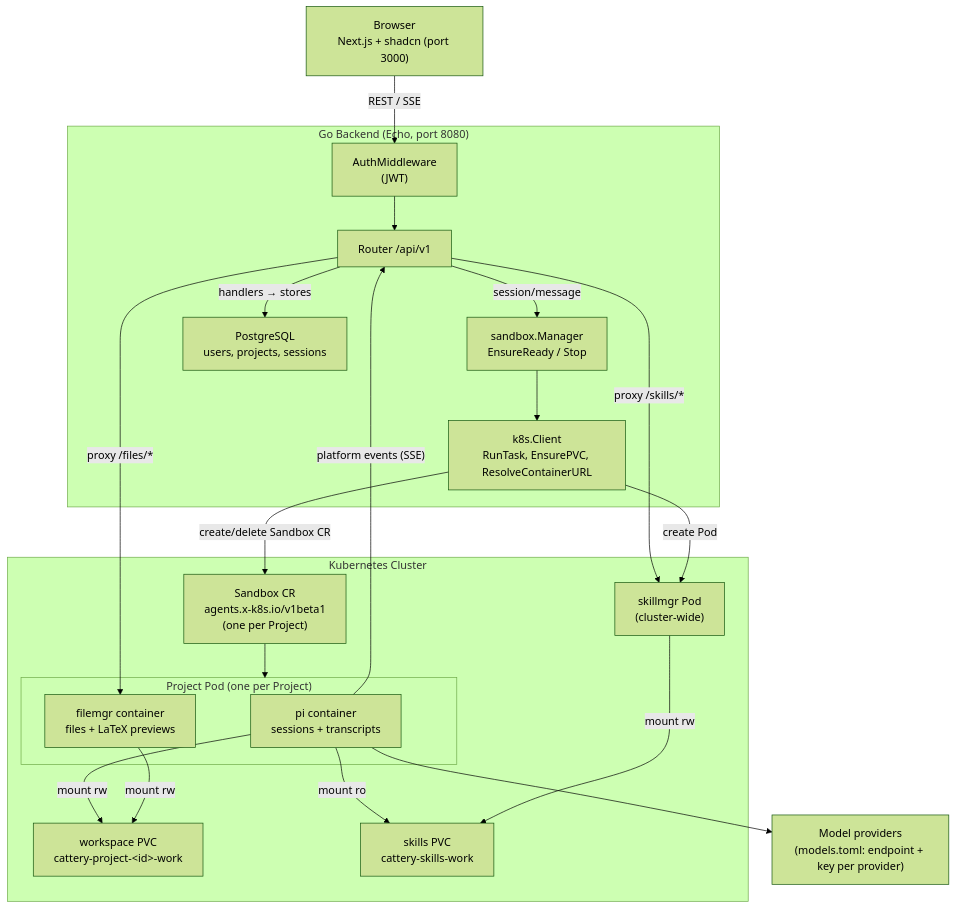
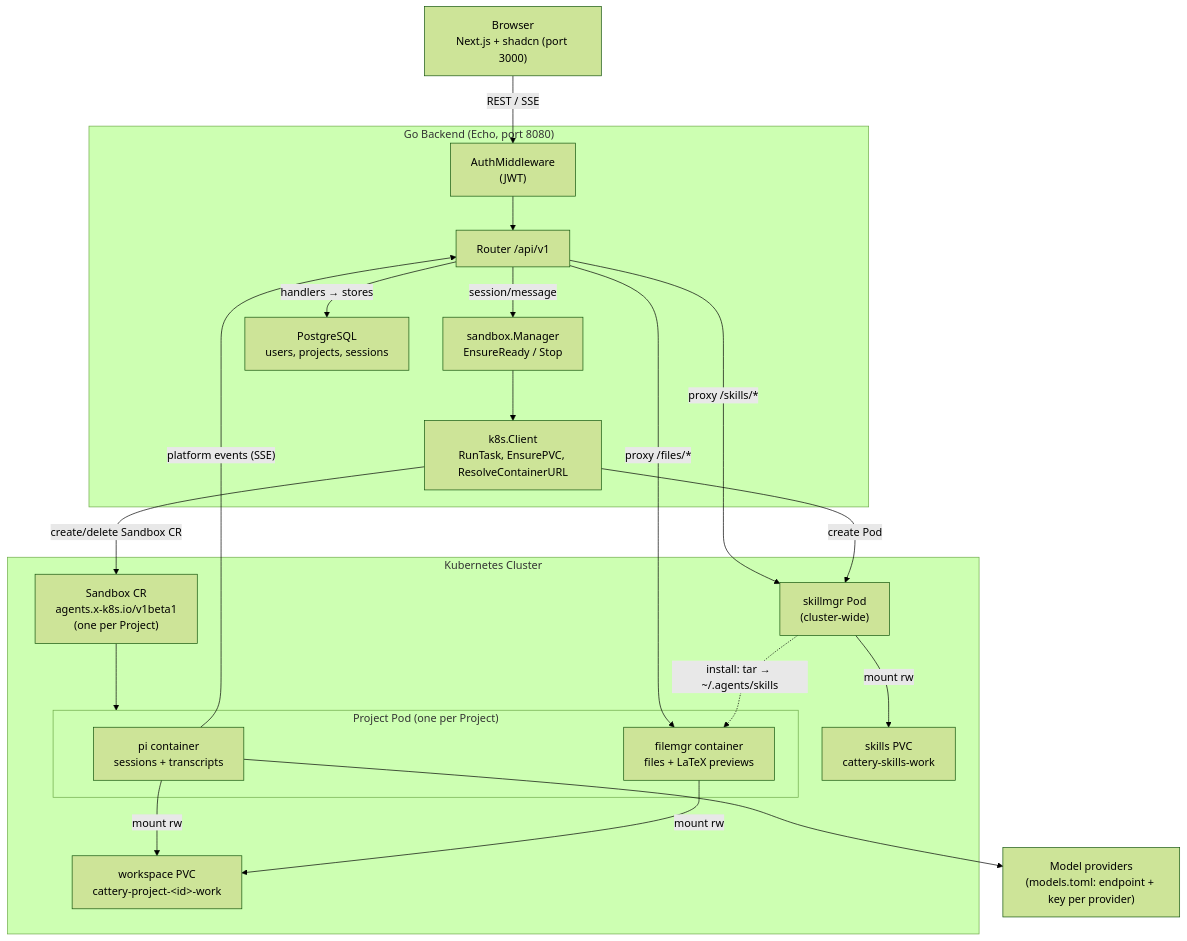
The diagram in README.md (wellCh4n/cattery), drawn with Mermaid (forest theme) before and after one commit. The commit also changed other lines of this file and 24 other files, not shown here.

````diff
--- a/README.md
+++ b/README.md
@@ -7,43 +7,43 @@
 ```mermaid
 graph TD
     Browser["Browser\nNext.js + shadcn (port 3000)"]
 
     subgraph Backend["Go Backend (Echo, port 8080)"]
         Auth["AuthMiddleware\n(JWT)"]
         Router["Router /api/v1"]
         SandboxMgr["sandbox.Manager\nEnsureReady / Stop"]
         K8sClient["k8s.Client\nRunTask, EnsurePVC, ResolveContainerURL"]
         DB["PostgreSQL\nusers, projects, sessions"]
     end
 
     subgraph K8s["Kubernetes Cluster"]
         SandboxCR["Sandbox CR\nagents.x-k8s.io/v1beta1\n(one per Project)"]
         subgraph ProjectPod["Project Pod (one per Project)"]
             Pi["pi container\nsessions + transcripts"]
             FileMgr["filemgr container\nfiles + LaTeX previews"]
         end
         SkillMgr["skillmgr Pod\n(cluster-wide)"]
 
         WorkPVC["workspace PVC\ncattery-project-&lt;id&gt;-work"]
         SkillPVC["skills PVC\ncattery-skills-work"]
     end
 
     ModelAPI["Model providers\n(models.toml: endpoint + key per provider)"]
 
     Browser -->|"REST / SSE"| Auth
     Auth --> Router
     Router -->|"session/message"| SandboxMgr
     Router -->|"handlers → stores"| DB
     Router -->|"proxy /files/*"| FileMgr
     Router -->|"proxy /skills/*"| SkillMgr
+    SkillMgr -.->|"install: tar → ~/.agents/skills"| FileMgr
     SandboxMgr --> K8sClient
     K8sClient -->|"create/delete Sandbox CR"| SandboxCR
     K8sClient -->|"create Pod"| SkillMgr
     SandboxCR --> ProjectPod
     Pi -->|"platform events (SSE)"| Router
     Pi --> ModelAPI
     Pi -->|"mount rw"| WorkPVC
-    Pi -->|"mount ro"| SkillPVC
     FileMgr -->|"mount rw"| WorkPVC
     SkillMgr -->|"mount rw"| SkillPVC
 ```
````
